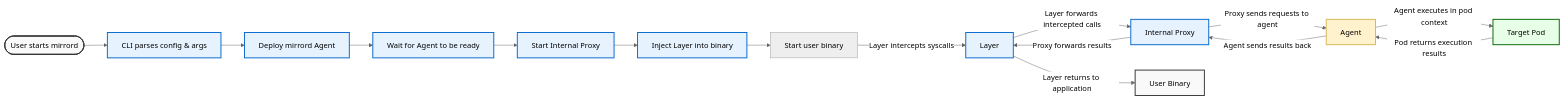
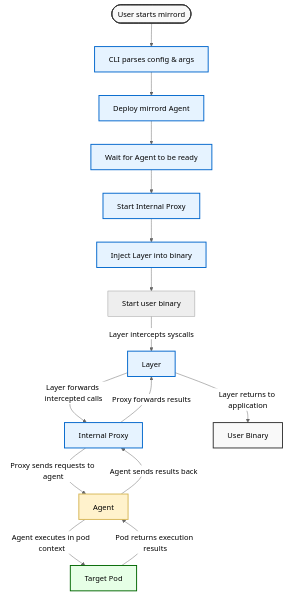
Before and after one commit to metalbear-co/mirrord: the second of 2 diagrams in CONTRIBUTING.md, drawn with Mermaid (neutral theme). The commit also changed 2 other files, not shown here.

Commit message:
tb diagrams

````diff
--- a/CONTRIBUTING.md
+++ b/CONTRIBUTING.md
@@ -684,33 +684,33 @@
 ```mermaid
-flowchart LR
+flowchart TB
     Start([User starts mirrord]) --> CLI[CLI parses config & args]
     CLI --> Deploy[Deploy mirrord Agent]
     Deploy --> WaitAgent[Wait for Agent to be ready]
 
     WaitAgent --> StartProxy[Start Internal Proxy]
     StartProxy --> InjectLayer[Inject Layer into binary]
 
     InjectLayer --> StartBinary[Start user binary]
 
     StartBinary --> |"Layer intercepts syscalls"| Layer
     Layer --> |"Layer forwards intercepted calls"| IntProxy[Internal Proxy]
     IntProxy --> |"Proxy sends requests to agent"| Agent
 
     Agent --> |"Agent executes in pod context"| Pod[Target Pod]
     Pod --> |"Pod returns execution results"| Agent
     Agent --> |"Agent sends results back"| IntProxy
     IntProxy --> |"Proxy forwards results"| Layer
     Layer --> |"Layer returns to application"| Binary[User Binary]
 
     style Start fill:#f9f9f9,stroke:#333,stroke-width:2px
     style CLI fill:#e6f3ff,stroke:#0066cc,stroke-width:2px
     style Deploy fill:#e6f3ff,stroke:#0066cc,stroke-width:2px
     style WaitAgent fill:#e6f3ff,stroke:#0066cc,stroke-width:2px
     style StartProxy fill:#e6f3ff,stroke:#0066cc,stroke-width:2px
     style InjectLayer fill:#e6f3ff,stroke:#0066cc,stroke-width:2px
     style Layer fill:#e6f3ff,stroke:#0066cc,stroke-width:2px
     style IntProxy fill:#e6f3ff,stroke:#0066cc,stroke-width:2px
     style Agent fill:#fff2cc,stroke:#d6b656,stroke-width:2px
     style Pod fill:#e6ffe6,stroke:#006600,stroke-width:2px
     style Binary fill:#f9f9f9,stroke:#333,stroke-width:2px
 ```
````
